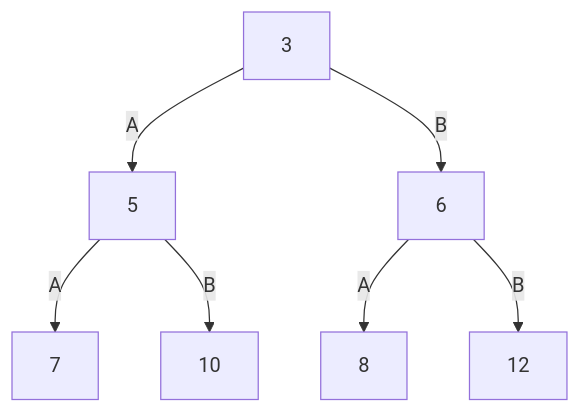
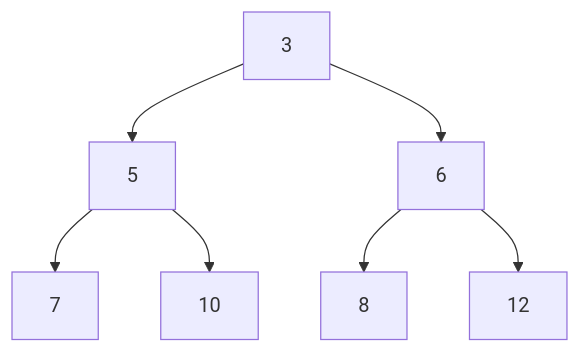
Before and after one commit to hwayne/learntla: the first of 2 diagrams in content/pluscal/behaviors/_index.md, drawn with Mermaid. The commit also changed other lines of this file and 2 other files, not shown here.

```diff
--- a/content/pluscal/behaviors/_index.md
+++ b/content/pluscal/behaviors/_index.md
@@ -40,9 +38,9 @@
 {{<mermaid>}}
 graph TD;
-A[3] -->|A| B[5]
-A    -->|B| C[6]
-B    -->|A| BB[7]
-B    -->|B| BC[10]
-C    -->|A| CB[8]
-C    -->|B| CC[12]
+A[3] --> B[5]
+A    --> C[6]
+B    --> BB[7]
+B    --> BC[10]
+C    --> CB[8]
+C    --> CC[12]
 {{< /mermaid >}}
```
